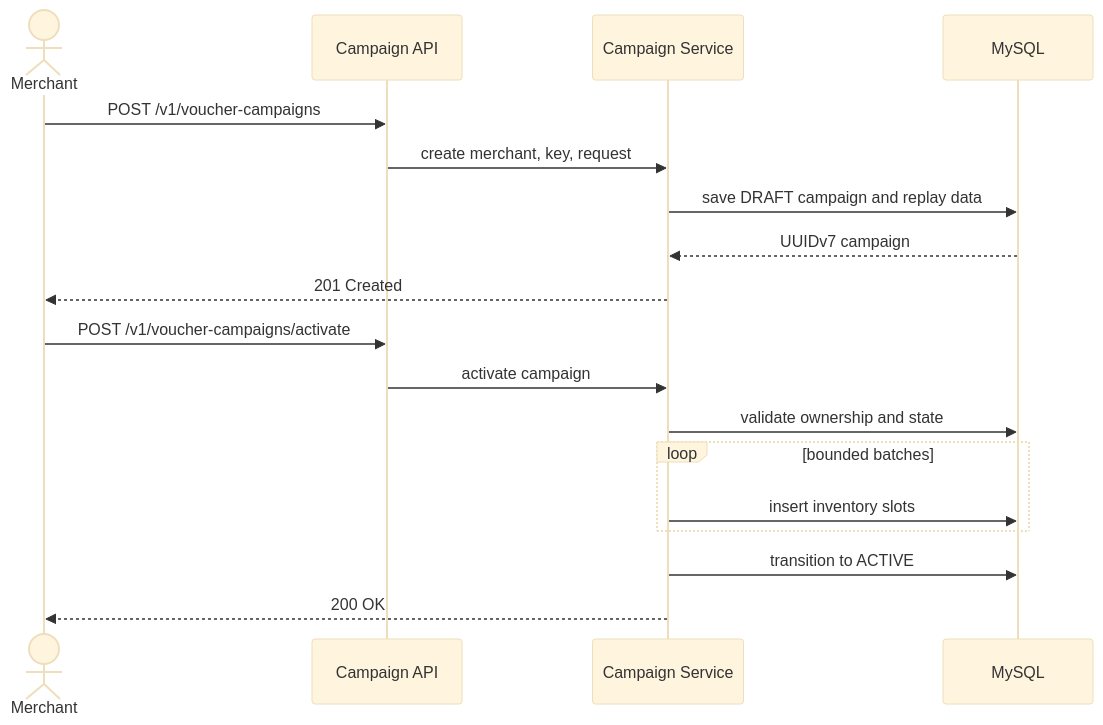
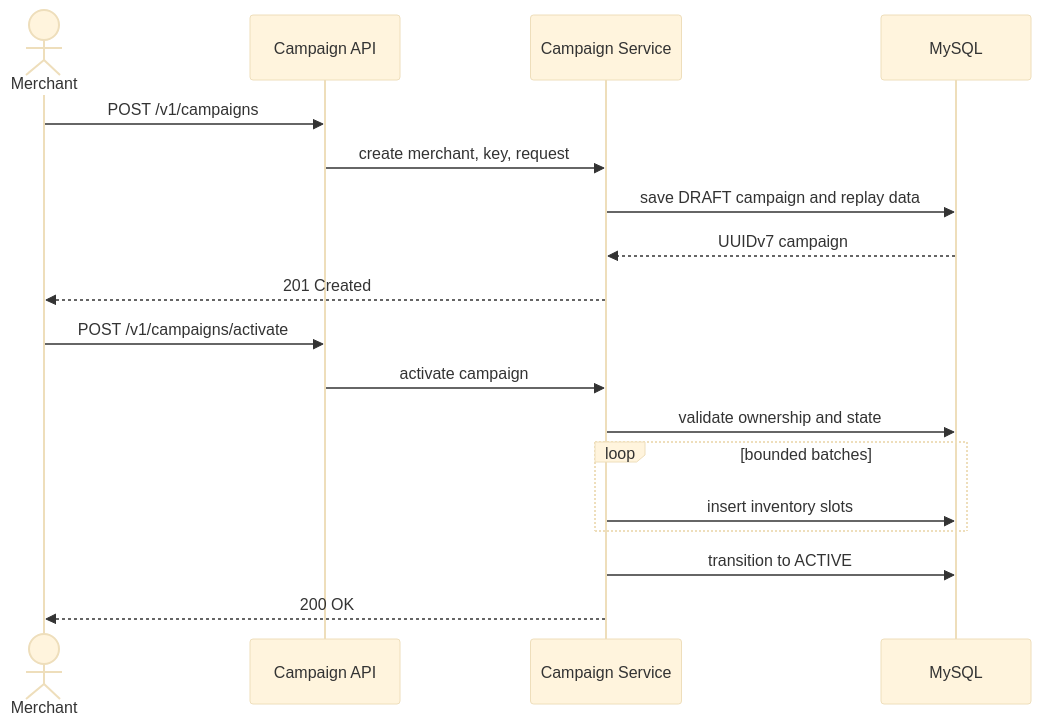
The fifth of 8 diagrams in SOLUTION.md (PhamDinhDuy-2508/Voucher-claim-system), drawn with Mermaid (base theme) before and after one commit. The commit also changed 7 other files, not shown here.

````diff
--- a/SOLUTION.md
+++ b/SOLUTION.md
@@ -183,21 +183,21 @@
 ```mermaid
     sequenceDiagram
         actor Merchant
         participant API as Campaign API
         participant Service as Campaign Service
         participant DB as MySQL
 
-        Merchant->>API: POST /v1/voucher-campaigns
+        Merchant->>API: POST /v1/campaigns
         API->>Service: create merchant, key, request
         Service->>DB: save DRAFT campaign and replay data
         DB-->>Service: UUIDv7 campaign
         Service-->>Merchant: 201 Created
-        Merchant->>API: POST /v1/voucher-campaigns/activate
+        Merchant->>API: POST /v1/campaigns/activate
         API->>Service: activate campaign
         Service->>DB: validate ownership and state
         loop bounded batches
             Service->>DB: insert inventory slots
         end
         Service->>DB: transition to ACTIVE
         Service-->>Merchant: 200 OK
 ```
````
